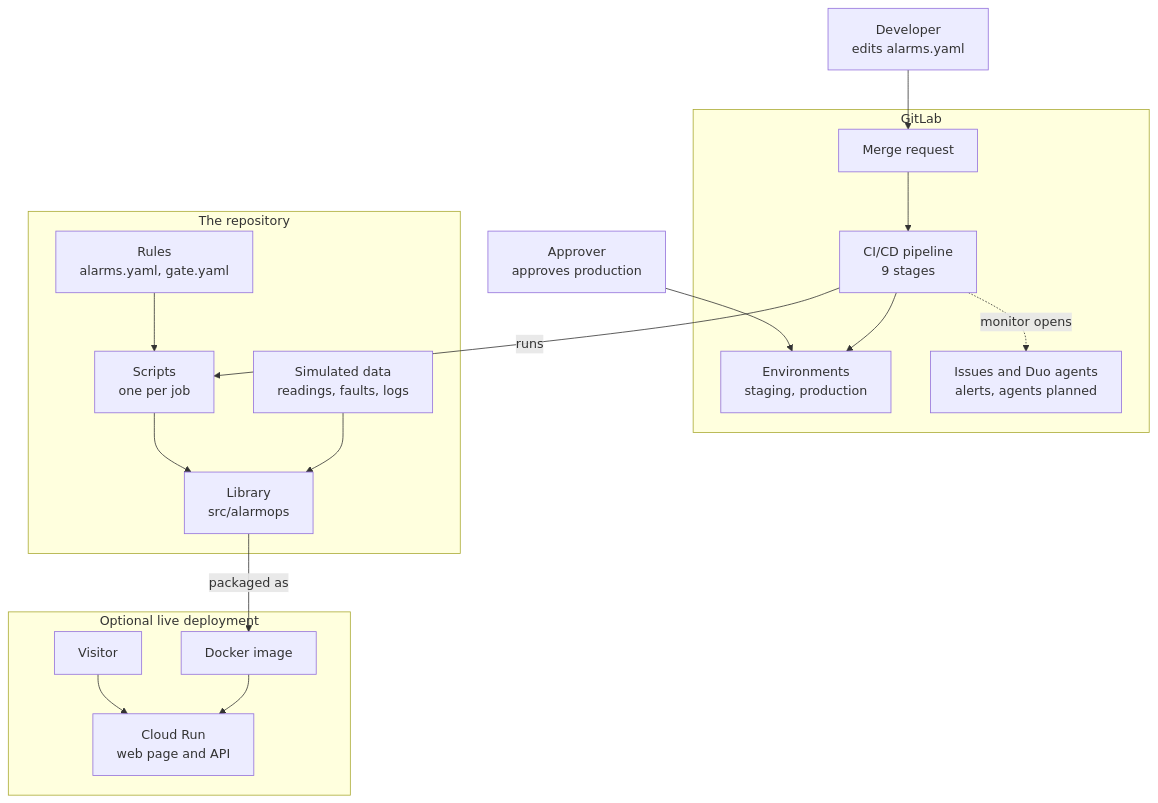
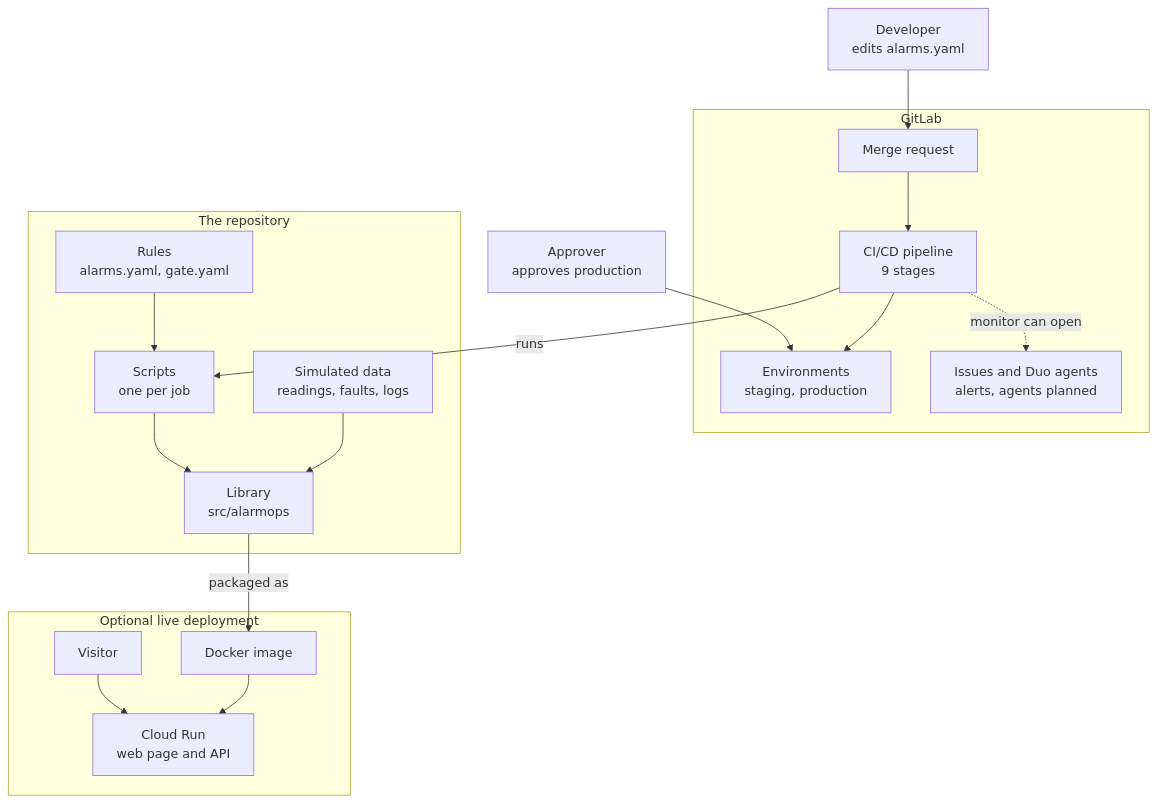
The first of 2 diagrams in README.md (ToniGift/AlarmOps), drawn with Mermaid before and after one commit. The commit also changed other lines of this file and 2 other files, not shown here.

Commit message:
Docs: six lifecycle stages with evidence column; monitor wording

````diff
--- a/README.md
+++ b/README.md
@@ -68,26 +68,26 @@
 ```mermaid
 flowchart TB
   dev["Developer<br/>edits alarms.yaml"] --> mr
   approver["Approver<br/>approves production"] --> env
 
   subgraph gl["GitLab"]
     mr["Merge request"] --> pipe["CI/CD pipeline<br/>9 stages"]
     pipe --> env["Environments<br/>staging, production"]
     issues["Issues and Duo agents<br/>alerts, agents planned"]
   end
 
   subgraph repo["The repository"]
     rules["Rules<br/>alarms.yaml, gate.yaml"] --> scripts["Scripts<br/>one per job"]
     scripts --> lib["Library<br/>src/alarmops"]
     data["Simulated data<br/>readings, faults, logs"] --> lib
   end
 
   pipe -->|runs| scripts
-  pipe -.->|monitor opens| issues
+  pipe -.->|monitor can open| issues
 
   subgraph live["Optional live deployment"]
     visitor["Visitor"] --> run["Cloud Run<br/>web page and API"]
     img["Docker image"] --> run
   end
   lib -->|packaged as| img
 ```
````
